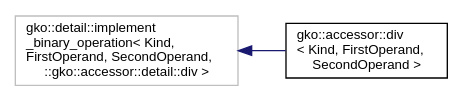
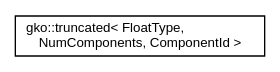
The diagram in doc/develop/inherit_graph_7.dot (ginkgo-project/ginkgo), drawn with Graphviz before and after one commit. The commit also changed 991 other files, not shown here.

```diff
--- a/doc/develop/inherit_graph_7.dot
+++ b/doc/develop/inherit_graph_7.dot
@@ -1,10 +1,8 @@
 digraph "Graphical Class Hierarchy"
 {
  // INTERACTIVE_SVG=YES
   edge [fontname="Helvetica",fontsize="10",labelfontname="Helvetica",labelfontsize="10"];
   node [fontname="Helvetica",fontsize="10",shape=record];
   rankdir="LR";
-  Node1 [label="gko::detail::implement\l_binary_operation\< Kind,\l FirstOperand, SecondOperand,\l::gko::accessor::detail::div \>",height=0.2,width=0.4,color="grey75", fillcolor="white", style="filled"];
-  Node1 -> Node2 [dir="back",color="midnightblue",fontsize="10",style="solid",fontname="Helvetica"];
-  Node2 [label="gko::accessor::div\l\< Kind, FirstOperand,\l SecondOperand \>",height=0.2,width=0.4,color="black", fillcolor="white", style="filled",URL="$structgko_1_1accessor_1_1div.html"];
+  Node1 [label="gko::truncated\< FloatType,\l NumComponents, ComponentId \>",height=0.2,width=0.4,color="black", fillcolor="white", style="filled",URL="$classgko_1_1truncated.html",tooltip="This template implements the truncated (or split) storage of a floating point type. "];
 }
```
